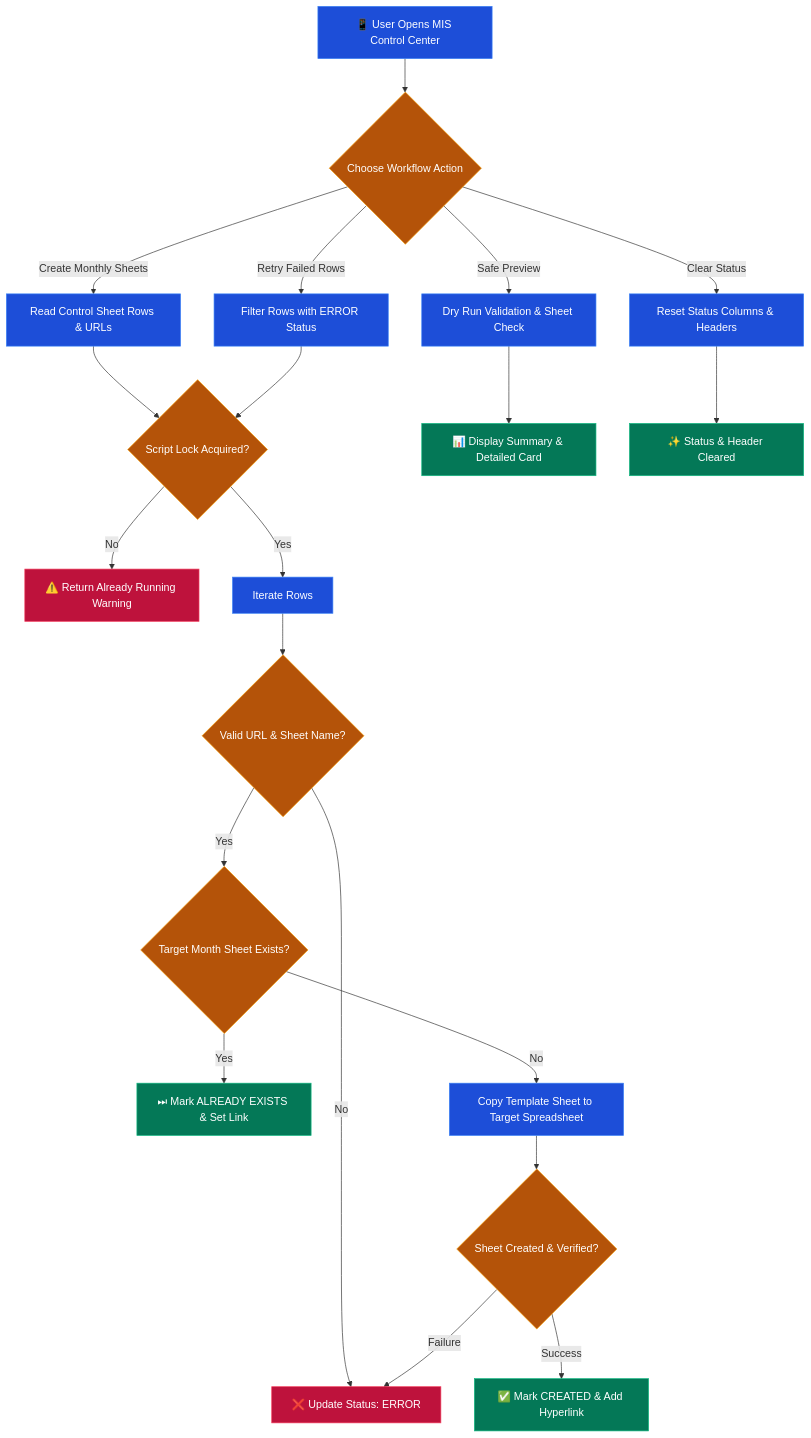
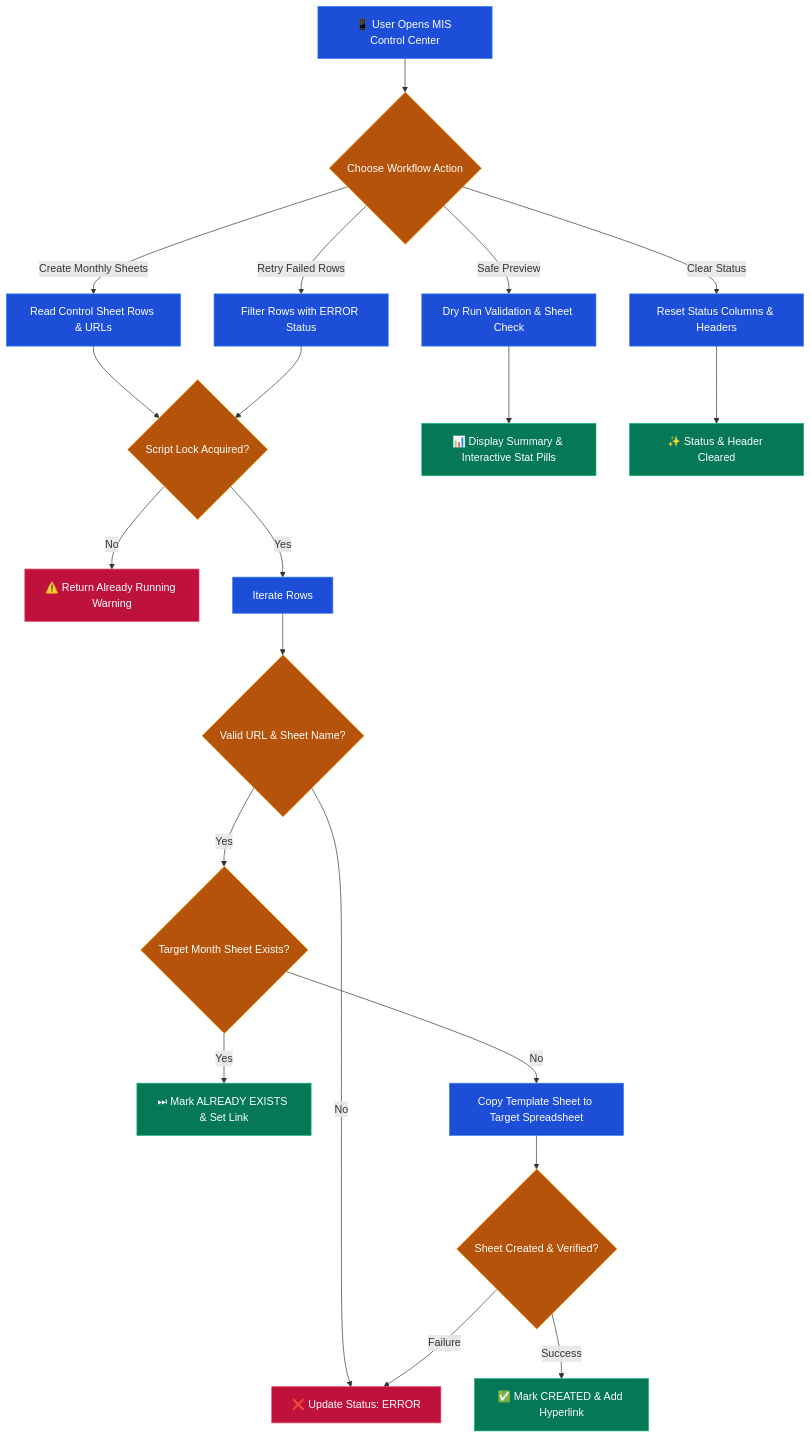
The diagram in README.md (kaileyventures/monthly-sheet-manager), drawn with Mermaid before and after one commit. The commit also changed other lines of this file and 17 other files, not shown here.

````diff
--- a/README.md
+++ b/README.md
@@ -19,63 +19,63 @@
 ```mermaid
 flowchart TD
     Start["📱 User Opens MIS Control Center"]
     Trigger{"Choose Workflow Action"}
 
     FetchData["Read Control Sheet Rows & URLs"]
     DryRun["Dry Run Validation & Sheet Check"]
     FilterError["Filter Rows with ERROR Status"]
     ClearLogs["Reset Status Columns & Headers"]
 
     LockCheck{"Script Lock Acquired?"}
     BusyWarn["⚠️ Return Already Running Warning"]
     LoopRows["Iterate Rows"]
 
     ValCheck{"Valid URL & Sheet Name?"}
     MarkErr["❌ Update Status: ERROR"]
     TargetCheck{"Target Month Sheet Exists?"}
 
     ExistLink["⏭ Mark ALREADY EXISTS & Set Link"]
     CopySheet["Copy Template Sheet to Target Spreadsheet"]
 
     VerifySheet{"Sheet Created & Verified?"}
     MarkCreated["✅ Mark CREATED & Add Hyperlink"]
-    DisplayPreview["📊 Display Summary & Detailed Card"]
+    DisplayPreview["📊 Display Summary & Interactive Stat Pills"]
     StatusReset["✨ Status & Header Cleared"]
 
     Start --> Trigger
     Trigger -->|"Create Monthly Sheets"| FetchData
     Trigger -->|"Safe Preview"| DryRun
     Trigger -->|"Retry Failed Rows"| FilterError
     Trigger -->|"Clear Status"| ClearLogs
 
     FetchData --> LockCheck
     FilterError --> LockCheck
 
     LockCheck -->|"No"| BusyWarn
     LockCheck -->|"Yes"| LoopRows
 
     LoopRows --> ValCheck
     ValCheck -->|"No"| MarkErr
     ValCheck -->|"Yes"| TargetCheck
 
     TargetCheck -->|"Yes"| ExistLink
     TargetCheck -->|"No"| CopySheet
 
     CopySheet --> VerifySheet
     VerifySheet -->|"Success"| MarkCreated
     VerifySheet -->|"Failure"| MarkErr
 
     DryRun --> DisplayPreview
     ClearLogs --> StatusReset
 
     classDef default fill:#1f2937,stroke:#374151,color:#f3f4f6;
     classDef primary fill:#1d4ed8,stroke:#3b82f6,color:#ffffff;
     classDef success fill:#047857,stroke:#10b981,color:#ffffff;
     classDef warning fill:#b45309,stroke:#f59e0b,color:#ffffff;
     classDef danger fill:#be123c,stroke:#f43f5e,color:#ffffff;
 
     class Start,FetchData,DryRun,FilterError,ClearLogs,LoopRows,CopySheet primary;
     class ExistLink,MarkCreated,DisplayPreview,StatusReset success;
     class Trigger,LockCheck,ValCheck,TargetCheck,VerifySheet warning;
     class BusyWarn,MarkErr danger;
 ```
````
